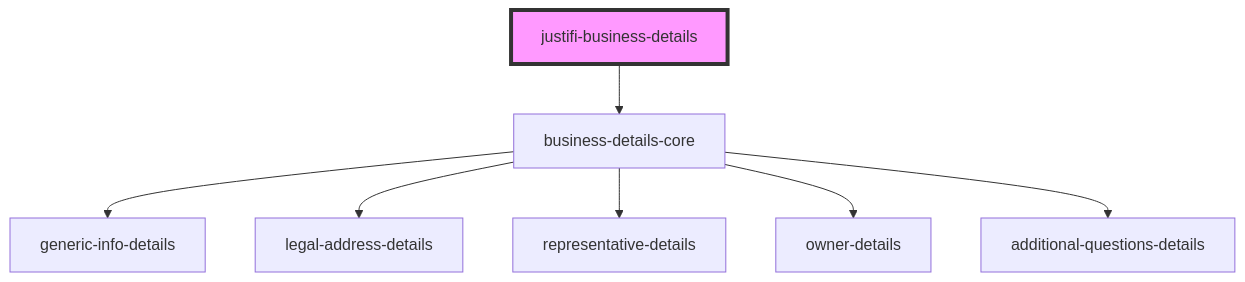
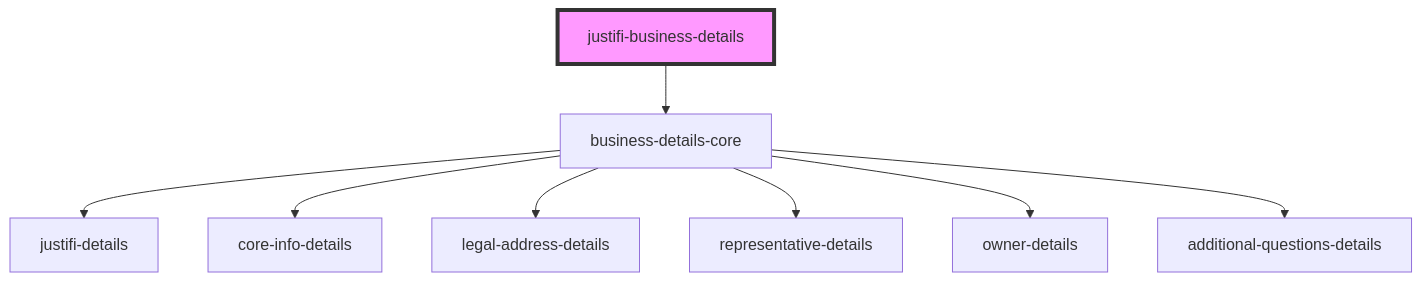
Before and after one commit to justifi-tech/web-component-library: the diagram in packages/webcomponents/src/components/business-details/readme.md, drawn with Mermaid. The commit also changed 7 other files, not shown here.

````diff
--- a/packages/webcomponents/src/components/business-details/readme.md
+++ b/packages/webcomponents/src/components/business-details/readme.md
@@ -30,10 +30,11 @@
 ```mermaid
 graph TD;
   justifi-business-details --> business-details-core
-  business-details-core --> generic-info-details
+  business-details-core --> justifi-details
+  business-details-core --> core-info-details
   business-details-core --> legal-address-details
   business-details-core --> representative-details
   business-details-core --> owner-details
   business-details-core --> additional-questions-details
   style justifi-business-details fill:#f9f,stroke:#333,stroke-width:4px
 ```
````
